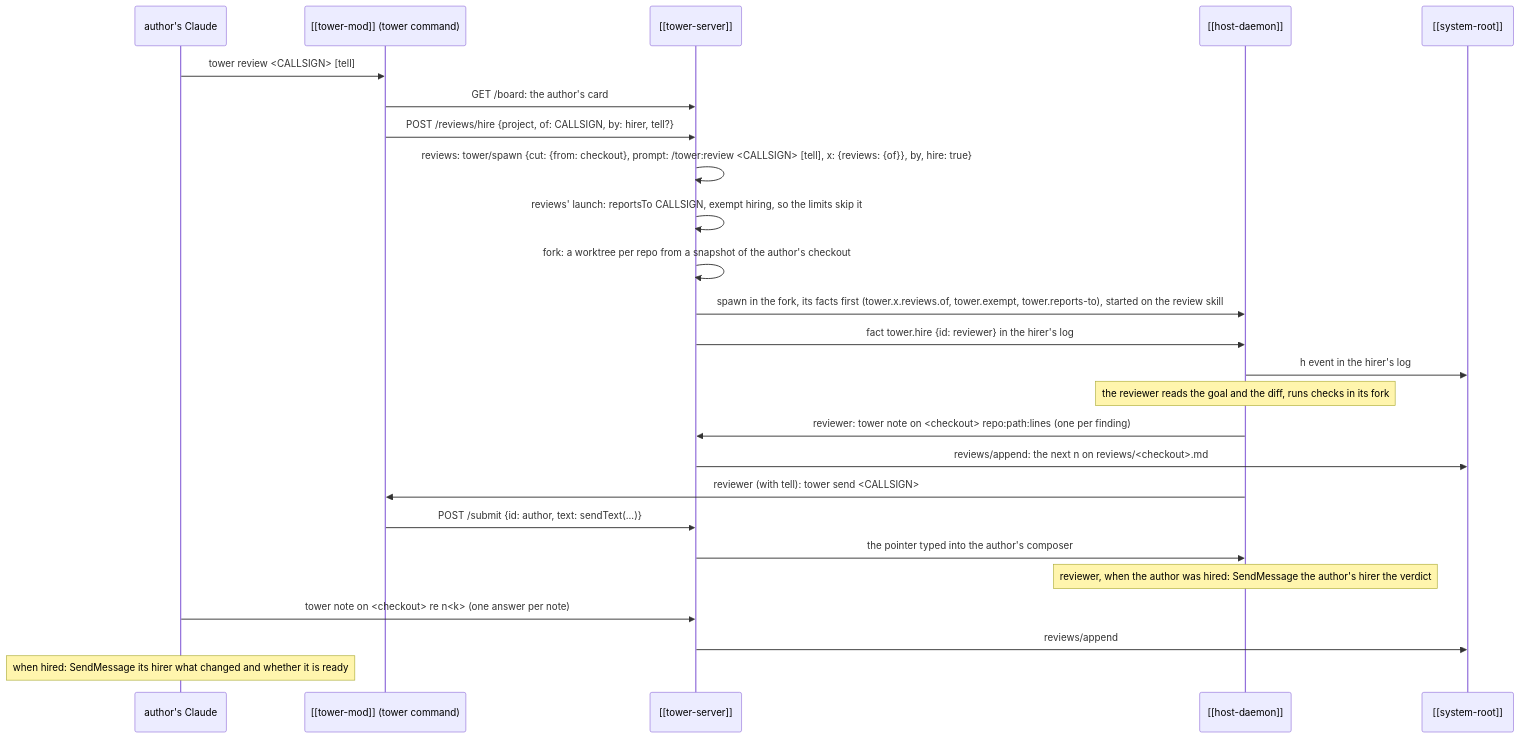
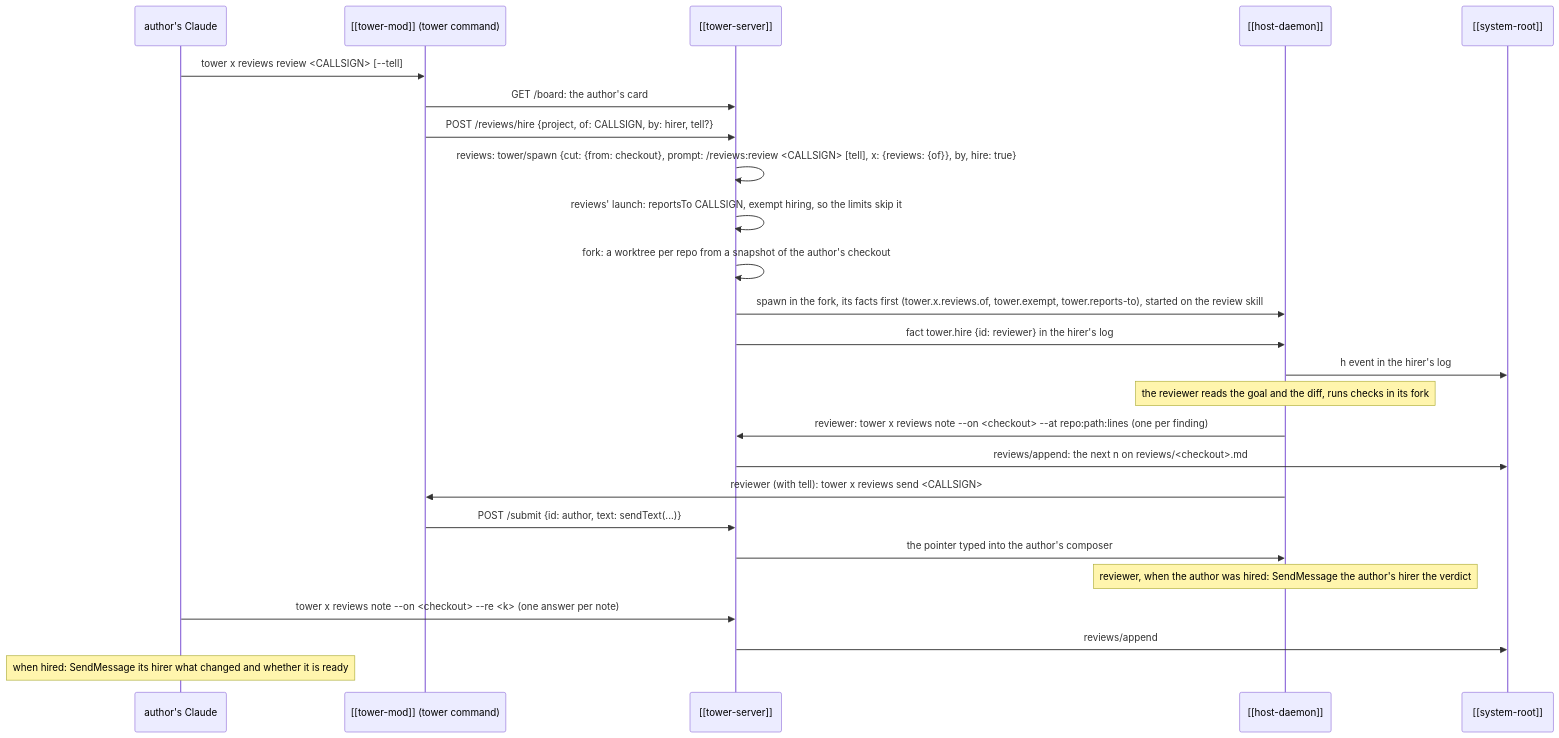
The diagram in kb/entities/flows/review-round.md (RegiByte/the-tower), drawn with Mermaid before and after one commit. The commit also changed other lines of this file and 34 other files, not shown here.

First line of the commit message:
Reviews' words live under tower x, and its skills in its Claude plugin

````diff
--- a/kb/entities/flows/review-round.md
+++ b/kb/entities/flows/review-round.md
@@ -12,27 +12,27 @@
 ```mermaid
 sequenceDiagram
   participant A as author's Claude
   participant M as [[tower-mod]] (tower command)
   participant T as [[tower-server]]
   participant H as [[host-daemon]]
   participant R as [[system-root]]
-  A->>M: tower review <CALLSIGN> [tell]
+  A->>M: tower x reviews review <CALLSIGN> [--tell]
   M->>T: GET /board: the author's card
   M->>T: POST /reviews/hire {project, of: CALLSIGN, by: hirer, tell?}
-  T->>T: reviews: tower/spawn {cut: {from: checkout}, prompt: /tower:review <CALLSIGN> [tell], x: {reviews: {of}}, by, hire: true}
+  T->>T: reviews: tower/spawn {cut: {from: checkout}, prompt: /reviews:review <CALLSIGN> [tell], x: {reviews: {of}}, by, hire: true}
   T->>T: reviews' launch: reportsTo CALLSIGN, exempt hiring, so the limits skip it
   T->>T: fork: a worktree per repo from a snapshot of the author's checkout
   T->>H: spawn in the fork, its facts first (tower.x.reviews.of, tower.exempt, tower.reports-to), started on the review skill
   T->>H: fact tower.hire {id: reviewer} in the hirer's log
   H->>R: h event in the hirer's log
   Note over H: the reviewer reads the goal and the diff, runs checks in its fork
-  H->>T: reviewer: tower note on <checkout> repo:path:lines (one per finding)
+  H->>T: reviewer: tower x reviews note --on <checkout> --at repo:path:lines (one per finding)
   T->>R: reviews/append: the next n on reviews/<checkout>.md
-  H->>M: reviewer (with tell): tower send <CALLSIGN>
+  H->>M: reviewer (with tell): tower x reviews send <CALLSIGN>
   M->>T: POST /submit {id: author, text: sendText(...)}
   T->>H: the pointer typed into the author's composer
   Note over H: reviewer, when the author was hired: SendMessage the author's hirer the verdict
-  A->>T: tower note on <checkout> re n<k> (one answer per note)
+  A->>T: tower x reviews note --on <checkout> --re <k> (one answer per note)
   T->>R: reviews/append
   Note over A: when hired: SendMessage its hirer what changed and whether it is ready
 ```
````
